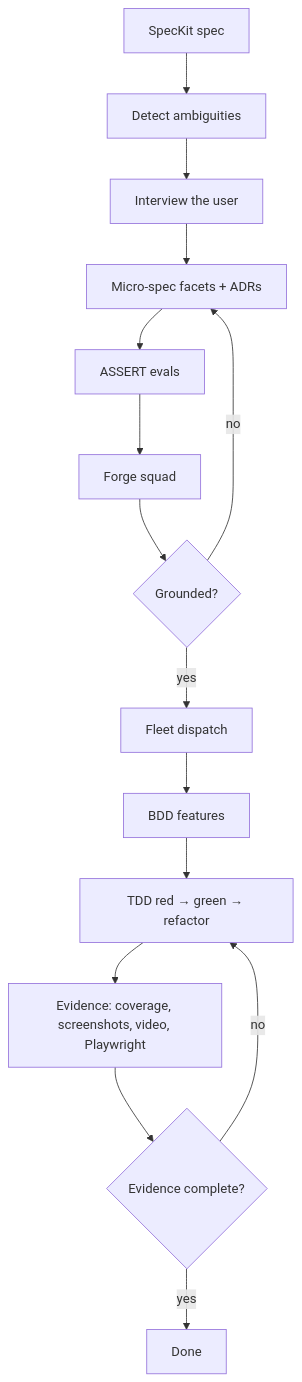
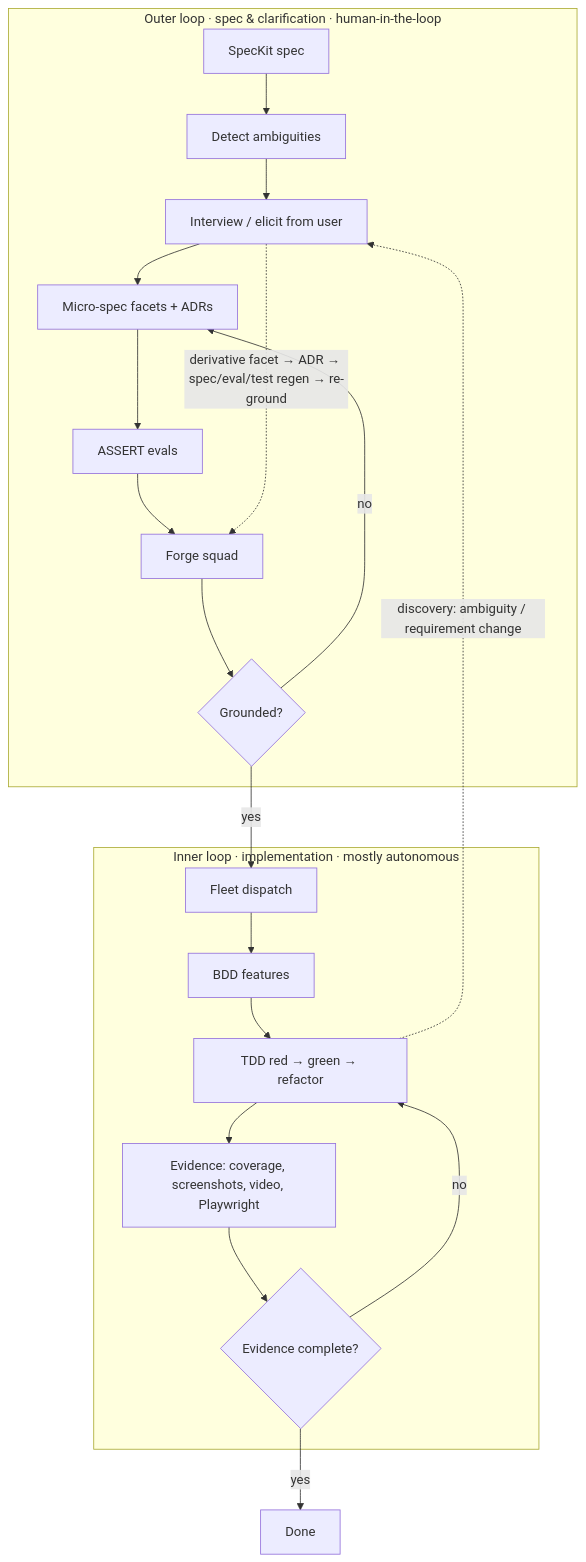
The diagram in docs/sdlc/sdlc-agentic-workflow.md (MSFT-TKENDRICK/tokenizer), drawn with Mermaid before and after one commit. The commit also changed other lines of this file and 2 other files, not shown here.

First line of the commit message:
Document inner/outer SDLC loops and derivative facets

````diff
--- a/docs/sdlc/sdlc-agentic-workflow.md
+++ b/docs/sdlc/sdlc-agentic-workflow.md
@@ -17,17 +24,23 @@
 ```mermaid
 flowchart TD
-    A[SpecKit spec] --> B[Detect ambiguities]
-    B --> C[Interview the user]
-    C --> D[Micro-spec facets + ADRs]
-    D --> E[ASSERT evals]
-    E --> F[Forge squad]
-    F --> G{Grounded?}
-    G -- no --> D
-    G -- yes --> H[Fleet dispatch]
-    H --> I[BDD features]
-    I --> J[TDD red → green → refactor]
-    J --> K[Evidence: coverage, screenshots, video, Playwright]
-    K --> L{Evidence complete?}
-    L -- no --> J
+    subgraph outer[Outer loop · spec & clarification · human-in-the-loop]
+        A[SpecKit spec] --> B[Detect ambiguities]
+        B --> C[Interview / elicit from user]
+        C --> D[Micro-spec facets + ADRs]
+        D --> E[ASSERT evals]
+        E --> F[Forge squad]
+        F --> G{Grounded?}
+        G -- no --> D
+    end
+    subgraph inner[Inner loop · implementation · mostly autonomous]
+        H[Fleet dispatch] --> I[BDD features]
+        I --> J[TDD red → green → refactor]
+        J --> K[Evidence: coverage, screenshots, video, Playwright]
+        K --> L{Evidence complete?}
+        L -- no --> J
+    end
+    G -- yes --> H
+    J -. discovery: ambiguity / requirement change .-> C
+    C -. derivative facet → ADR → spec/eval/test regen → re-ground .-> F
     L -- yes --> M[Done]
 ```
````
